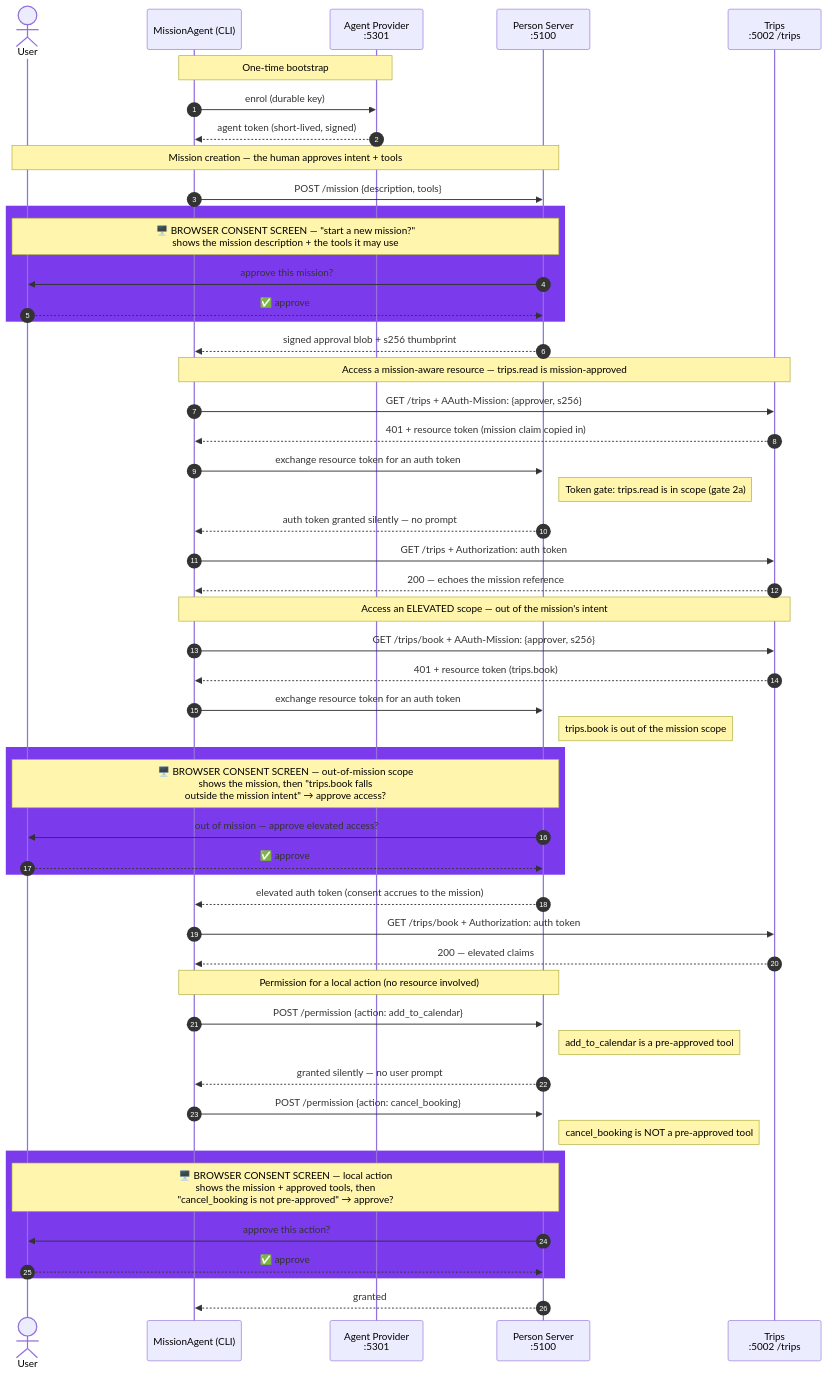
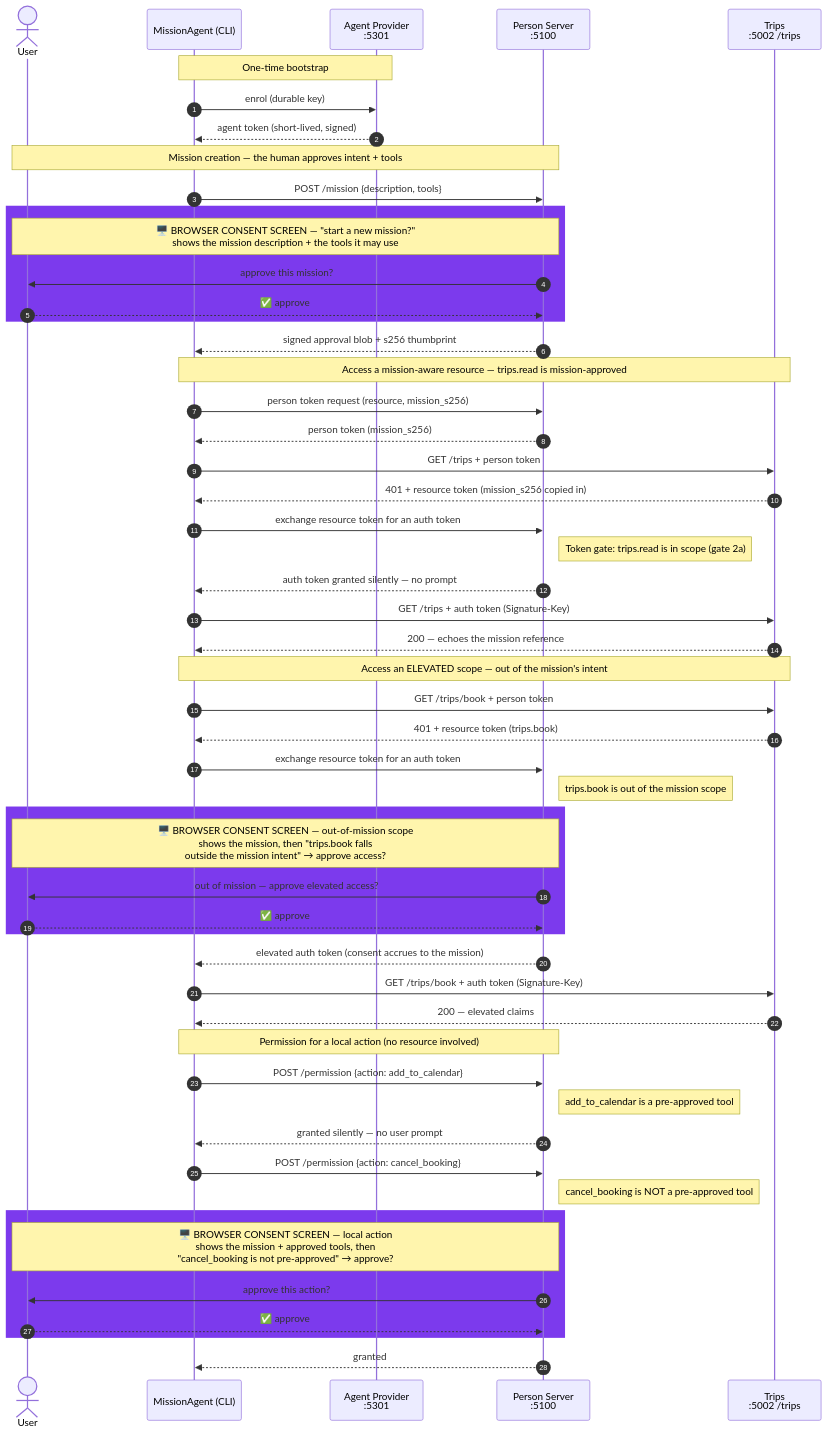
Before and after one commit to aauth-dev/dotnet-samples: the first of 2 diagrams in samples/MissionAgent/README.md, drawn with Mermaid. The commit also changed other lines of this file and 10 other files, not shown here.

````diff
--- a/samples/MissionAgent/README.md
+++ b/samples/MissionAgent/README.md
@@ -75,58 +75,60 @@
 ```mermaid
 sequenceDiagram
     autonumber
     actor User
     participant Agent as MissionAgent (CLI)
     participant AP as Agent Provider<br/>:5301
     participant PS as Person Server<br/>:5100
     participant R as Trips<br/>:5002 /trips
 
     Note over Agent,AP: One-time bootstrap
     Agent->>AP: enrol (durable key)
     AP-->>Agent: agent token (short-lived, signed)
 
     Note over User,PS: Mission creation — the human approves intent + tools
     Agent->>PS: POST /mission {description, tools}
     rect rgb(124, 58, 237)
         Note over User,PS: 🖥️ BROWSER CONSENT SCREEN — "start a new mission?"<br/>shows the mission description + the tools it may use
         PS->>User: approve this mission?
         User-->>PS: ✅ approve
     end
     PS-->>Agent: signed approval blob + s256 thumbprint
 
     Note over Agent,R: Access a mission-aware resource — trips.read is mission-approved
-    Agent->>R: GET /trips + AAuth-Mission: {approver, s256}
-    R-->>Agent: 401 + resource token (mission claim copied in)
+    Agent->>PS: person token request (resource, mission_s256)
+    PS-->>Agent: person token (mission_s256)
+    Agent->>R: GET /trips + person token
+    R-->>Agent: 401 + resource token (mission_s256 copied in)
     Agent->>PS: exchange resource token for an auth token
     Note right of PS: Token gate: trips.read is in scope (gate 2a)
     PS-->>Agent: auth token granted silently — no prompt
-    Agent->>R: GET /trips + Authorization: auth token
+    Agent->>R: GET /trips + auth token (Signature-Key)
     R-->>Agent: 200 — echoes the mission reference
 
     Note over Agent,R: Access an ELEVATED scope — out of the mission's intent
-    Agent->>R: GET /trips/book + AAuth-Mission: {approver, s256}
+    Agent->>R: GET /trips/book + person token
     R-->>Agent: 401 + resource token (trips.book)
     Agent->>PS: exchange resource token for an auth token
     Note right of PS: trips.book is out of the mission scope
     rect rgb(124, 58, 237)
         Note over User,PS: 🖥️ BROWSER CONSENT SCREEN — out-of-mission scope<br/>shows the mission, then "trips.book falls<br/>outside the mission intent" → approve access?
         PS->>User: out of mission — approve elevated access?
         User-->>PS: ✅ approve
     end
     PS-->>Agent: elevated auth token (consent accrues to the mission)
-    Agent->>R: GET /trips/book + Authorization: auth token
+    Agent->>R: GET /trips/book + auth token (Signature-Key)
     R-->>Agent: 200 — elevated claims
 
     Note over Agent,PS: Permission for a local action (no resource involved)
     Agent->>PS: POST /permission {action: add_to_calendar}
     Note right of PS: add_to_calendar is a pre-approved tool
     PS-->>Agent: granted silently — no user prompt
     Agent->>PS: POST /permission {action: cancel_booking}
     Note right of PS: cancel_booking is NOT a pre-approved tool
     rect rgb(124, 58, 237)
         Note over User,PS: 🖥️ BROWSER CONSENT SCREEN — local action<br/>shows the mission + approved tools, then<br/>"cancel_booking is not pre-approved" → approve?
         PS->>User: approve this action?
         User-->>PS: ✅ approve
     end
     PS-->>Agent: granted
 ```
````
